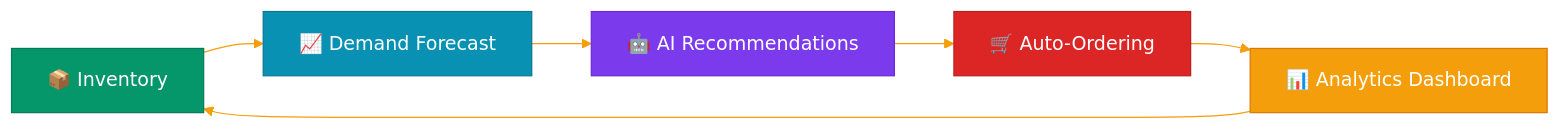
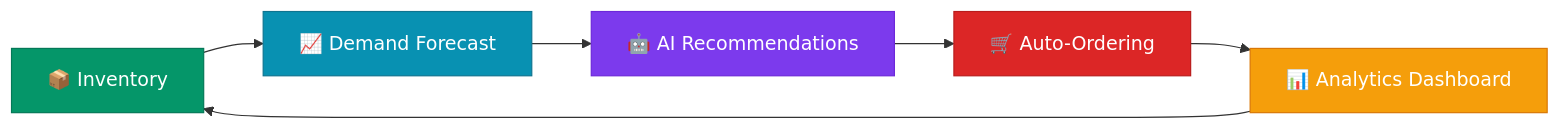
Before and after one commit to AARVAK-VSET/campus-flow: the sixth of 10 diagrams in README.md, drawn with Mermaid. The commit also changed other lines of this file, not shown here.

Commit message:
fix(docs): format mermaid diagrams for GitHub markdown rendering compatibility

````diff
--- a/README.md
+++ b/README.md
@@ -361,25 +264,14 @@
 ```mermaid
-%%{init: {
-  'theme': 'base',
-  'themeVariables': {
-    'primaryColor': '#059669',
-    'primaryTextColor': '#ffffff',
-    'primaryBorderColor': '#047857',
-    'lineColor': '#f59e0b',
-    'sectionBkgColor': '#1e293b',
-    'altSectionBkgColor': '#334155'
-  }
-}}%%
 graph LR
     A[📦 Inventory] --> B[📈 Demand Forecast]
     B --> C[🤖 AI Recommendations]
     C --> D[🛒 Auto-Ordering]
     D --> E[📊 Analytics Dashboard]
     E --> A
     
     style A fill:#059669,stroke:#047857,color:#ffffff
     style B fill:#0891b2,stroke:#0e7490,color:#ffffff
     style C fill:#7c3aed,stroke:#6d28d9,color:#ffffff
     style D fill:#dc2626,stroke:#b91c1c,color:#ffffff
     style E fill:#f59e0b,stroke:#d97706,color:#ffffff
 ```
````
